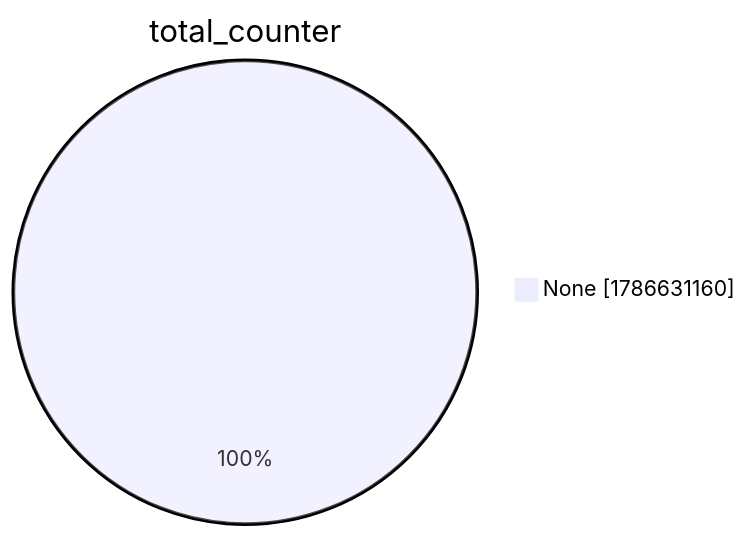
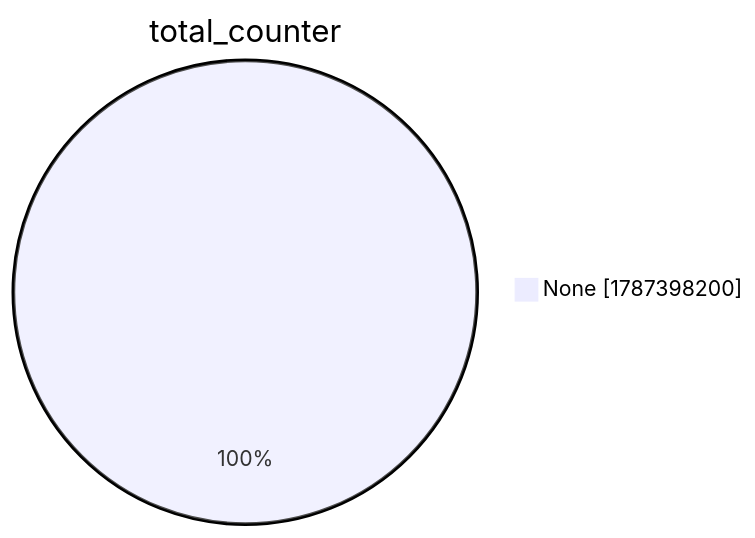
One commit to christiankrug/ctmonitor_visualization changed the second of 15 diagrams in xenon2022/README.md. Above: the diagram before and after it, drawn with Mermaid. The commit also changed other lines of this file, not shown here.

````diff
--- a/xenon2022/README.md
+++ b/xenon2022/README.md
@@ -9,5 +9,5 @@
 ```mermaid
 pie showData
 title total_counter
-"None" :1786631160
+"None" :1787398200
 ```
````
